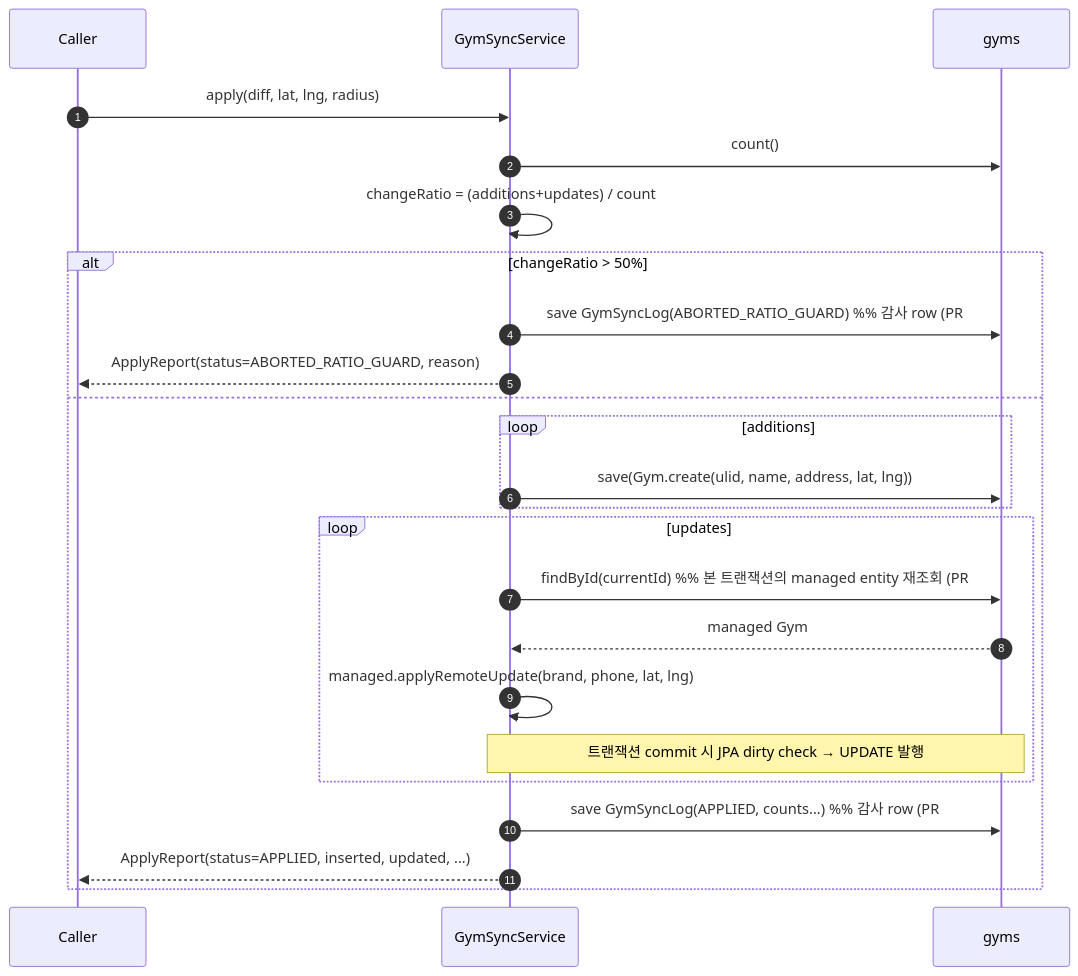
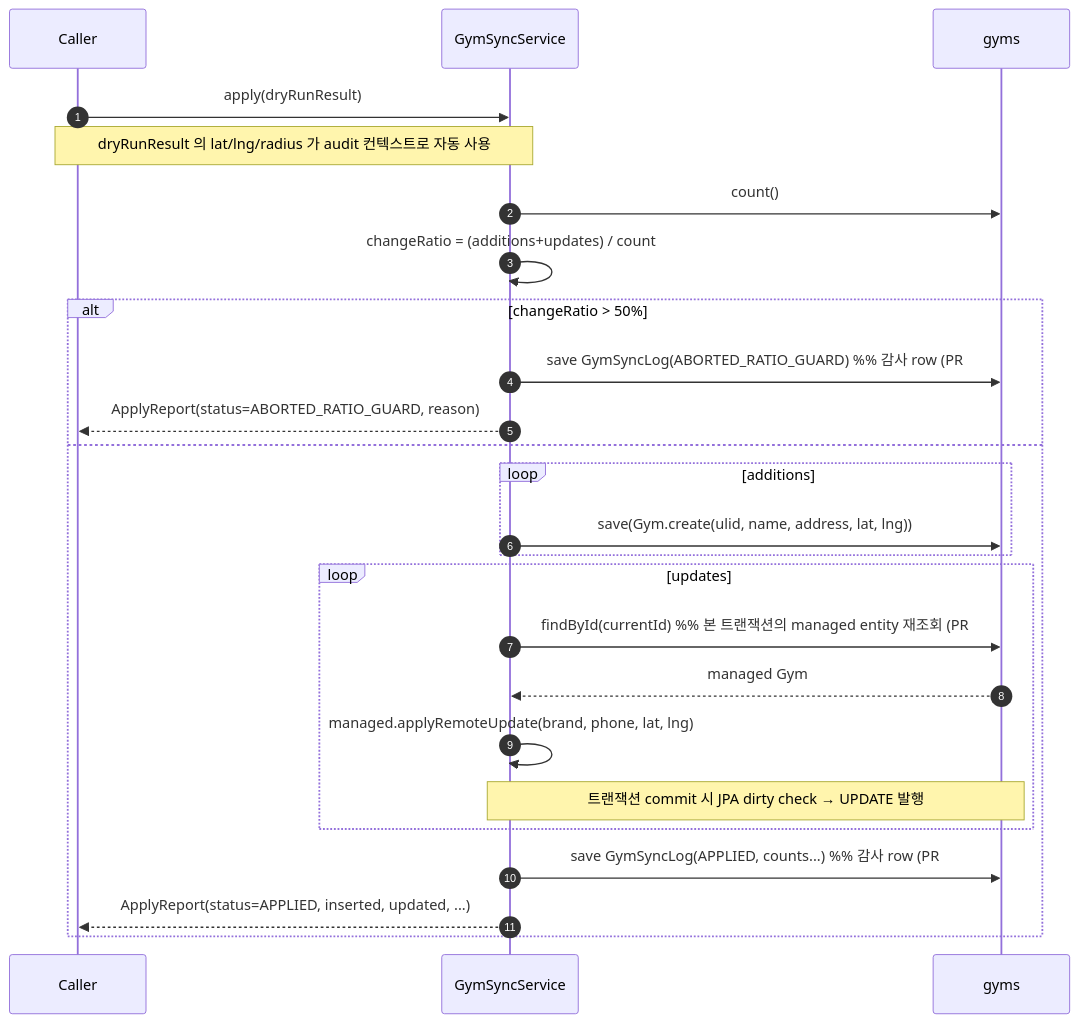
One commit to theo-ooooo/crimp changed the second of 2 diagrams in docs/설계/sequence/gym-crawl-batch.md. Above: the diagram before and after it, drawn with Mermaid. The commit also changed other lines of this file and 4 other files, not shown here.

````diff
--- a/docs/설계/sequence/gym-crawl-batch.md
+++ b/docs/설계/sequence/gym-crawl-batch.md
@@ -66,27 +67,28 @@
 ```mermaid
 sequenceDiagram
     autonumber
     participant Caller
     participant Service as GymSyncService
     participant DB as gyms
 
-    Caller->>Service: apply(diff, lat, lng, radius)
+    Caller->>Service: apply(dryRunResult)
+    Note over Caller,Service: dryRunResult 의 lat/lng/radius 가 audit 컨텍스트로 자동 사용
     Service->>DB: count()
     Service->>Service: changeRatio = (additions+updates) / count
     alt changeRatio > 50%
         Service->>DB: save GymSyncLog(ABORTED_RATIO_GUARD)  %% 감사 row (PR #87)
         Service-->>Caller: ApplyReport(status=ABORTED_RATIO_GUARD, reason)
     else
         loop additions
             Service->>DB: save(Gym.create(ulid, name, address, lat, lng))
         end
         loop updates
             Service->>DB: findById(currentId)  %% 본 트랜잭션의 managed entity 재조회 (PR #85 B1)
             DB-->>Service: managed Gym
             Service->>Service: managed.applyRemoteUpdate(brand, phone, lat, lng)
             Note over Service,DB: 트랜잭션 commit 시 JPA dirty check → UPDATE 발행
         end
         Service->>DB: save GymSyncLog(APPLIED, counts...)  %% 감사 row (PR #87)
         Service-->>Caller: ApplyReport(status=APPLIED, inserted, updated, ...)
     end
 ```
````
